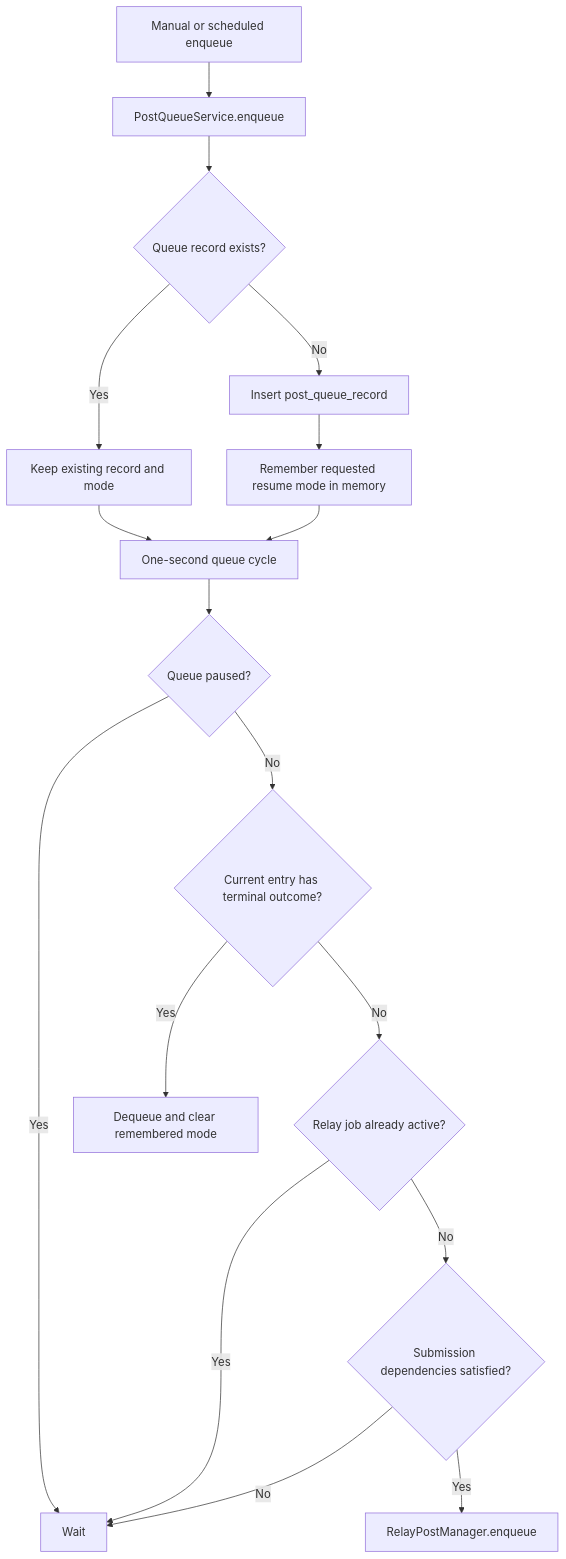
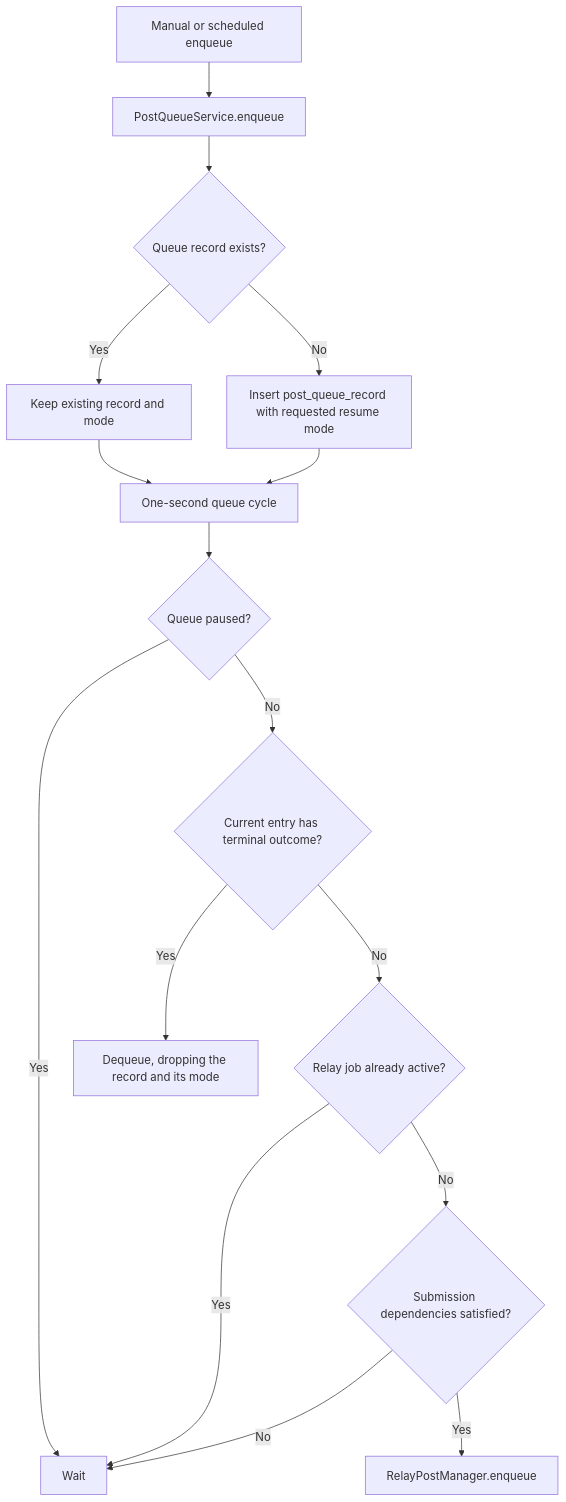
One commit to mvdicarlo/postybirb changed the first of 4 diagrams in docs/POST_QUEUE_FLOWS.md. Above: the diagram before and after it, drawn with Mermaid. The commit also changed other lines of this file and 10 other files, not shown here.

Commit message:
chore: persist resume mode

````diff
--- a/docs/POST_QUEUE_FLOWS.md
+++ b/docs/POST_QUEUE_FLOWS.md
@@ -8,20 +8,19 @@
 ```mermaid
 flowchart TD
     A[Manual or scheduled enqueue] --> B[PostQueueService.enqueue]
     B --> C{Queue record exists?}
     C -->|Yes| D[Keep existing record and mode]
-    C -->|No| E[Insert post_queue_record]
-    E --> F[Remember requested resume mode in memory]
+    C -->|No| E[Insert post_queue_record with requested resume mode]
 
     D --> G[One-second queue cycle]
-    F --> G
+    E --> G
     G --> H{Queue paused?}
     H -->|Yes| I[Wait]
     H -->|No| J{Current entry has terminal outcome?}
-    J -->|Yes| K[Dequeue and clear remembered mode]
+    J -->|Yes| K[Dequeue, dropping the record and its mode]
     J -->|No| L{Relay job already active?}
     L -->|Yes| I
     L -->|No| M{Submission dependencies satisfied?}
     M -->|No| I
     M -->|Yes| N[RelayPostManager.enqueue]
 ```
````
